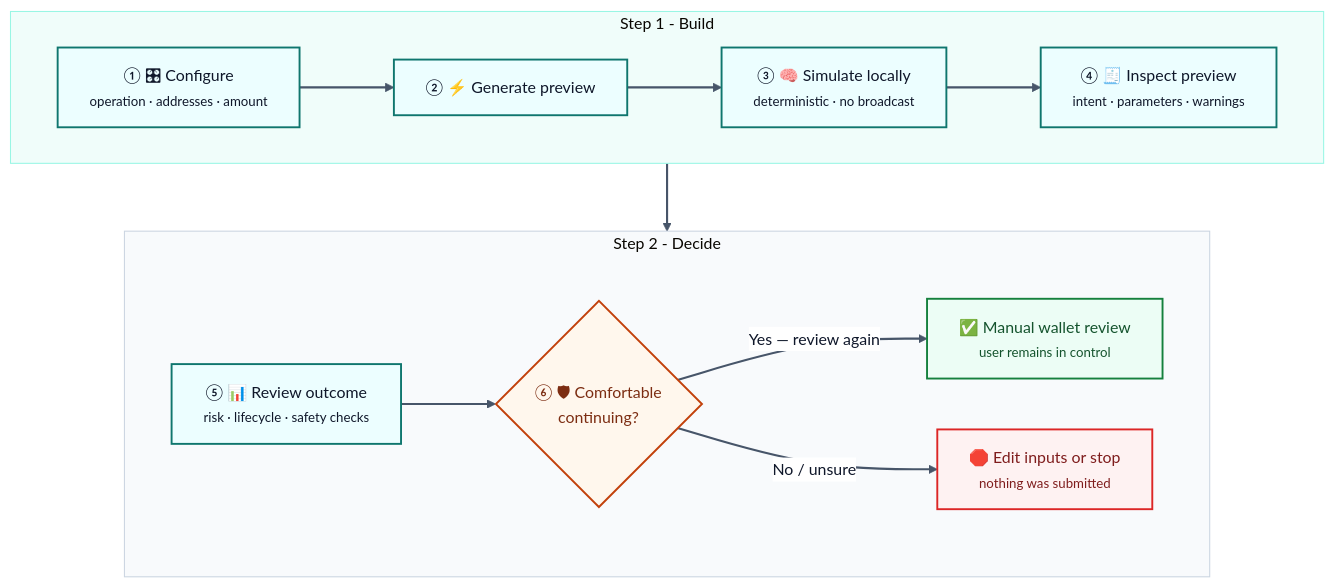
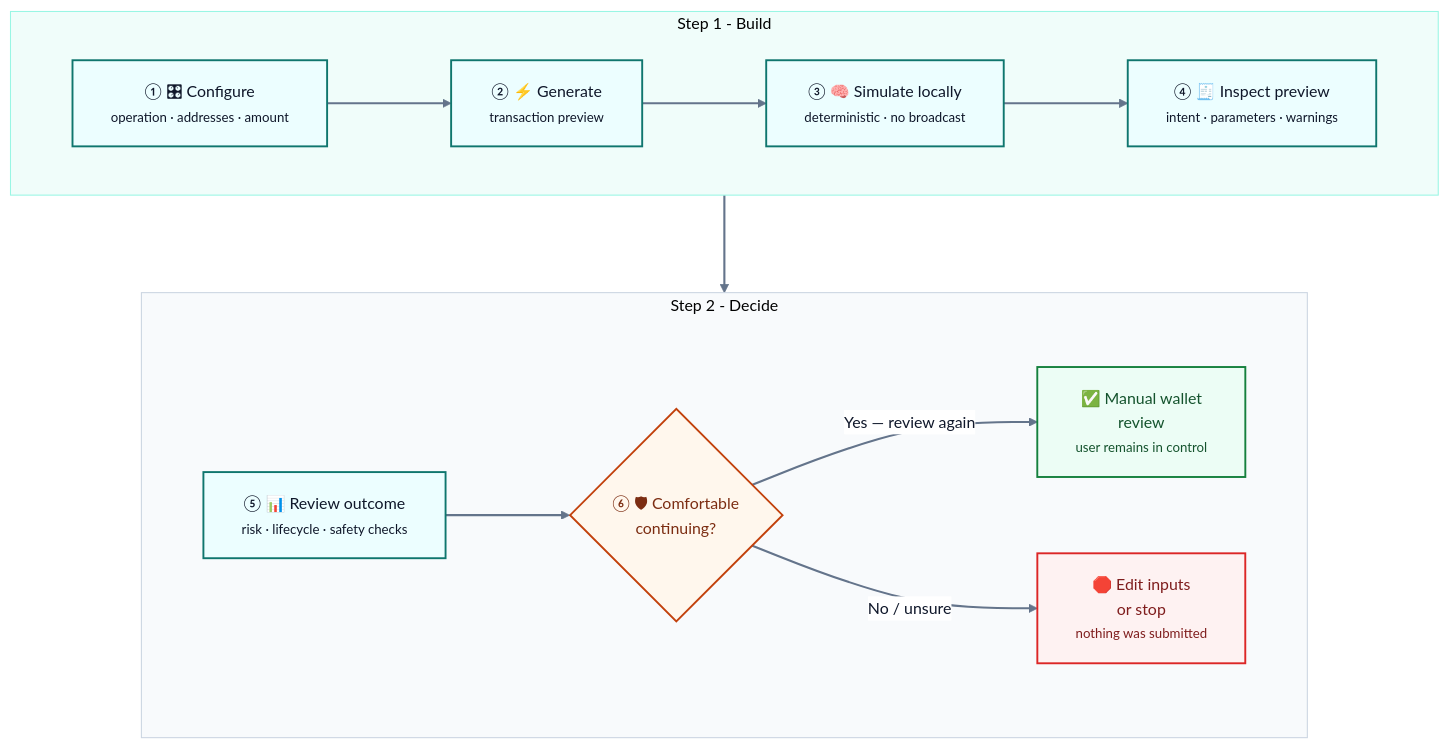
Before and after one commit to sunshineluyao/Moss-Mcp-Transaction: the first of 8 diagrams in README.md, drawn with Mermaid. The commit also changed other lines of this file, not shown here.

Commit message:
Polish Mermaid chart readability

````diff
--- a/README.md
+++ b/README.md
@@ -153,32 +153,32 @@
 ```mermaid
-%%{init: {'theme':'base','flowchart': {'htmlLabels': true, 'nodeSpacing': 48, 'rankSpacing': 64, 'curve': 'basis'},'themeVariables': {'fontFamily':'Inter, Segoe UI, sans-serif','fontSize':'15px','primaryTextColor':'#0f172a','lineColor':'#475569','clusterBkg':'#f8fafc','clusterBorder':'#cbd5e1','edgeLabelBackground':'#ffffff'}}}%%
+%%{init: {'theme':'base','flowchart': {'htmlLabels': true, 'nodeSpacing': 72, 'rankSpacing': 92, 'curve': 'basis', 'padding': 18},'themeVariables': {'fontFamily':'Inter, Segoe UI, sans-serif','fontSize':'15px','primaryTextColor':'#0f172a','lineColor':'#64748b','clusterBkg':'#f8fafc','clusterBorder':'#cbd5e1','edgeLabelBackground':'#ffffff','primaryBorderColor':'#2563eb','primaryColor':'#eff6ff'}}}%%
 flowchart TB
   subgraph R1[Step 1 - Build]
     direction LR
-    A["① 🎛 Configure<br/><small>operation · addresses · amount</small>"] --> B["② ⚡ Generate preview"]
+    A["① 🎛 Configure<br/><small>operation · addresses · amount</small>"] --> B["② ⚡ Generate<br/><small>transaction preview</small>"]
     B --> C["③ 🧠 Simulate locally<br/><small>deterministic · no broadcast</small>"]
     C --> D["④ 🧾 Inspect preview<br/><small>intent · parameters · warnings</small>"]
   end
 
   subgraph R2[Step 2 - Decide]
     direction LR
     E["⑤ 📊 Review outcome<br/><small>risk · lifecycle · safety checks</small>"] --> F{"⑥ 🛡 Comfortable<br/>continuing?"}
-    F -->|Yes — review again| G["✅ Manual wallet review<br/><small>user remains in control</small>"]
-    F -->|No / unsure| H["🛑 Edit inputs or stop<br/><small>nothing was submitted</small>"]
+    F -->|Yes — review again| G["✅ Manual wallet<br/>review<br/><small>user remains in control</small>"]
+    F -->|No / unsure| H["🛑 Edit inputs<br/>or stop<br/><small>nothing was submitted</small>"]
   end
 
   D --> E
 
   classDef main fill:#ecfeff,stroke:#0f766e,stroke-width:1.8px,color:#0f172a;
   classDef decision fill:#fff7ed,stroke:#c2410c,stroke-width:1.8px,color:#7c2d12;
   classDef success fill:#ecfdf5,stroke:#15803d,stroke-width:1.8px,color:#14532d;
   classDef stop fill:#fef2f2,stroke:#dc2626,stroke-width:1.8px,color:#7f1d1d;
 
   class A,B,C,D,E main;
   class F decision;
   class G success;
   class H stop;
   style R1 fill:#f0fdfa,stroke:#99f6e4,stroke-width:1px
   style R2 fill:#f8fafc,stroke:#cbd5e1,stroke-width:1px
-  linkStyle default stroke:#475569,stroke-width:2px;
+  linkStyle default stroke:#64748b,stroke-width:2px;
 ```
````
